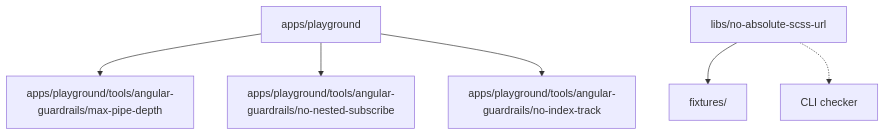
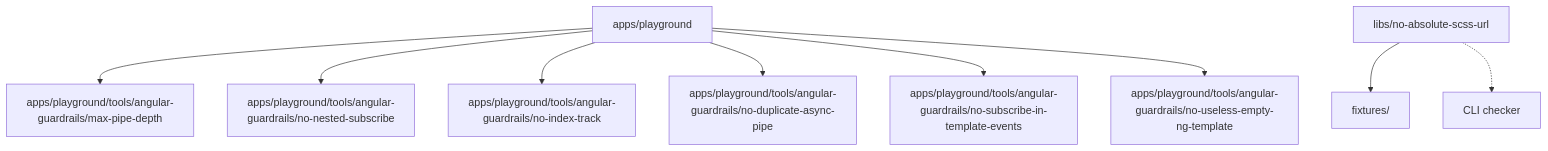
Before and after one commit to Hogwai/angular-custom-guardrails: the diagram in README.md, drawn with Mermaid. The commit also changed other lines of this file and 74 other files, not shown here.

````diff
--- a/README.md
+++ b/README.md
@@ -12,8 +12,11 @@
 ```mermaid
 graph TD
     A[apps/playground] --> C["apps/playground/tools/angular-guardrails/max-pipe-depth"]
     A --> D["apps/playground/tools/angular-guardrails/no-nested-subscribe"]
     A --> E["apps/playground/tools/angular-guardrails/no-index-track"]
+    A --> I["apps/playground/tools/angular-guardrails/no-duplicate-async-pipe"]
+    A --> J["apps/playground/tools/angular-guardrails/no-subscribe-in-template-events"]
+    A --> K["apps/playground/tools/angular-guardrails/no-useless-empty-ng-template"]
     F[libs/no-absolute-scss-url] --> G[fixtures/]
     F -.-> H[CLI checker]
 ```
````
